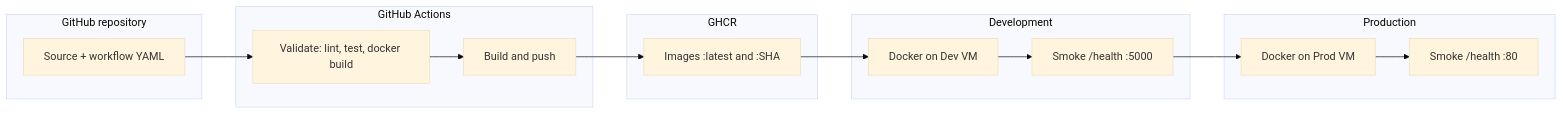
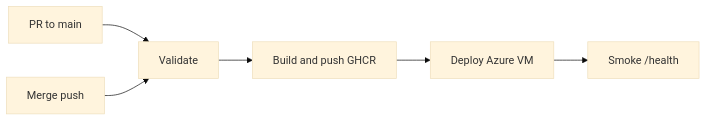
One commit to kboretska/PeEx-tasks changed the diagram in README.md. Above: the diagram before and after it, drawn with Mermaid (base theme). The commit also changed other lines of this file and 3 other files, not shown here.

````diff
--- a/README.md
+++ b/README.md
@@ -23,33 +85,8 @@
 ```mermaid
 flowchart LR
-  subgraph repo["GitHub repository"]
-    A[Source + workflow YAML]
-  end
-
-  subgraph gha["GitHub Actions"]
-    V[Validate: lint, test, docker build]
-    B[Build and push]
-  end
-
-  subgraph registry["GHCR"]
-    R["Images :latest and :SHA"]
-  end
-
-  subgraph dev["Development"]
-    D[Docker on Dev VM]
-    SD[Smoke /health :5000]
-  end
-
-  subgraph prod["Production"]
-    P[Docker on Prod VM]
-    SP[Smoke /health :80]
-  end
-
-  A --> V
-  V --> B
-  B --> R
-  R --> D
-  D --> SD
-  SD --> P
-  P --> SP
+  PR[PR to main] --> V[Validate]
+  M[Merge push] --> V
+  V --> B[Build and push GHCR]
+  B --> D[Deploy Azure VM]
+  D --> S[Smoke /health]
 ```
````
